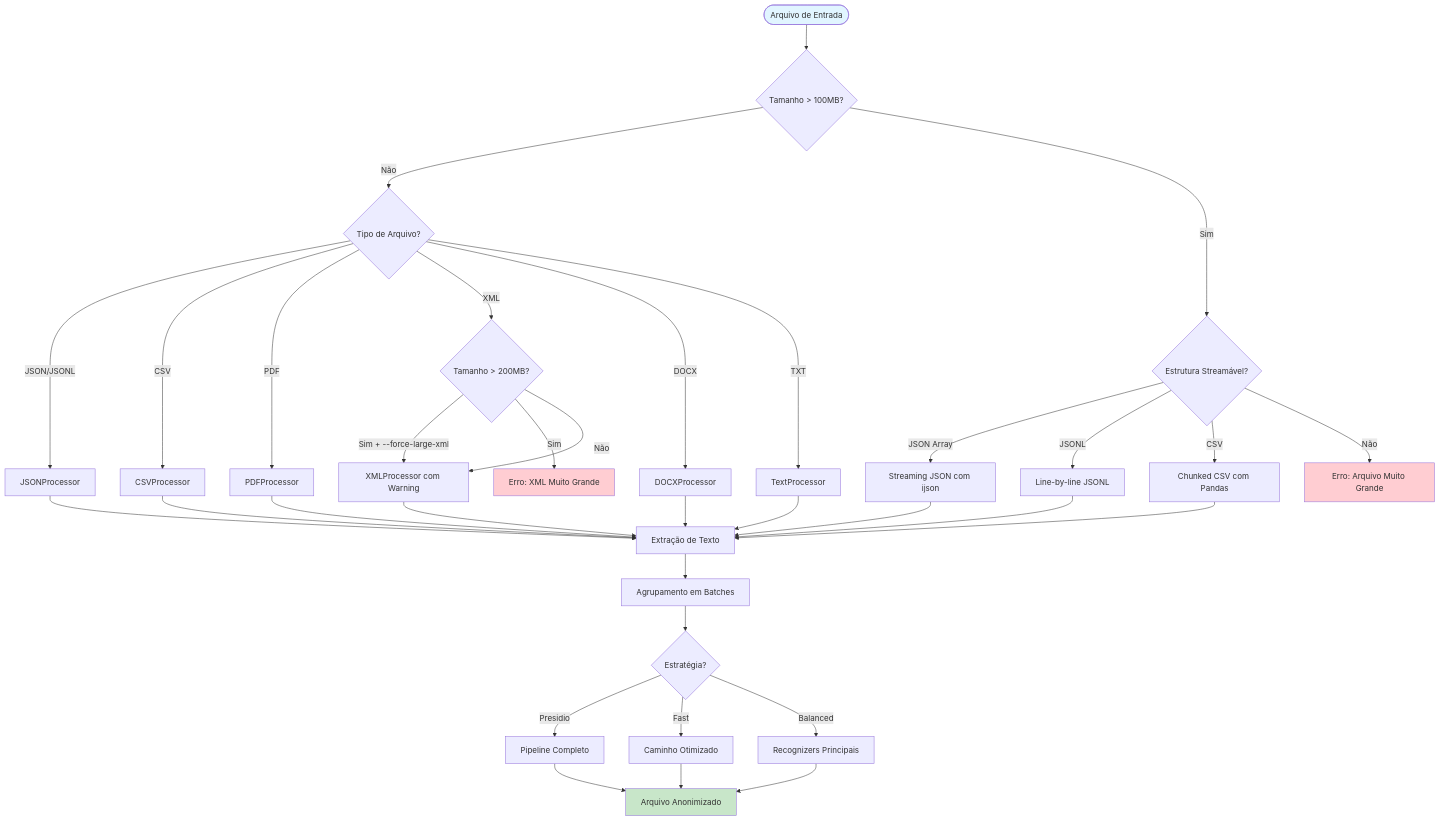
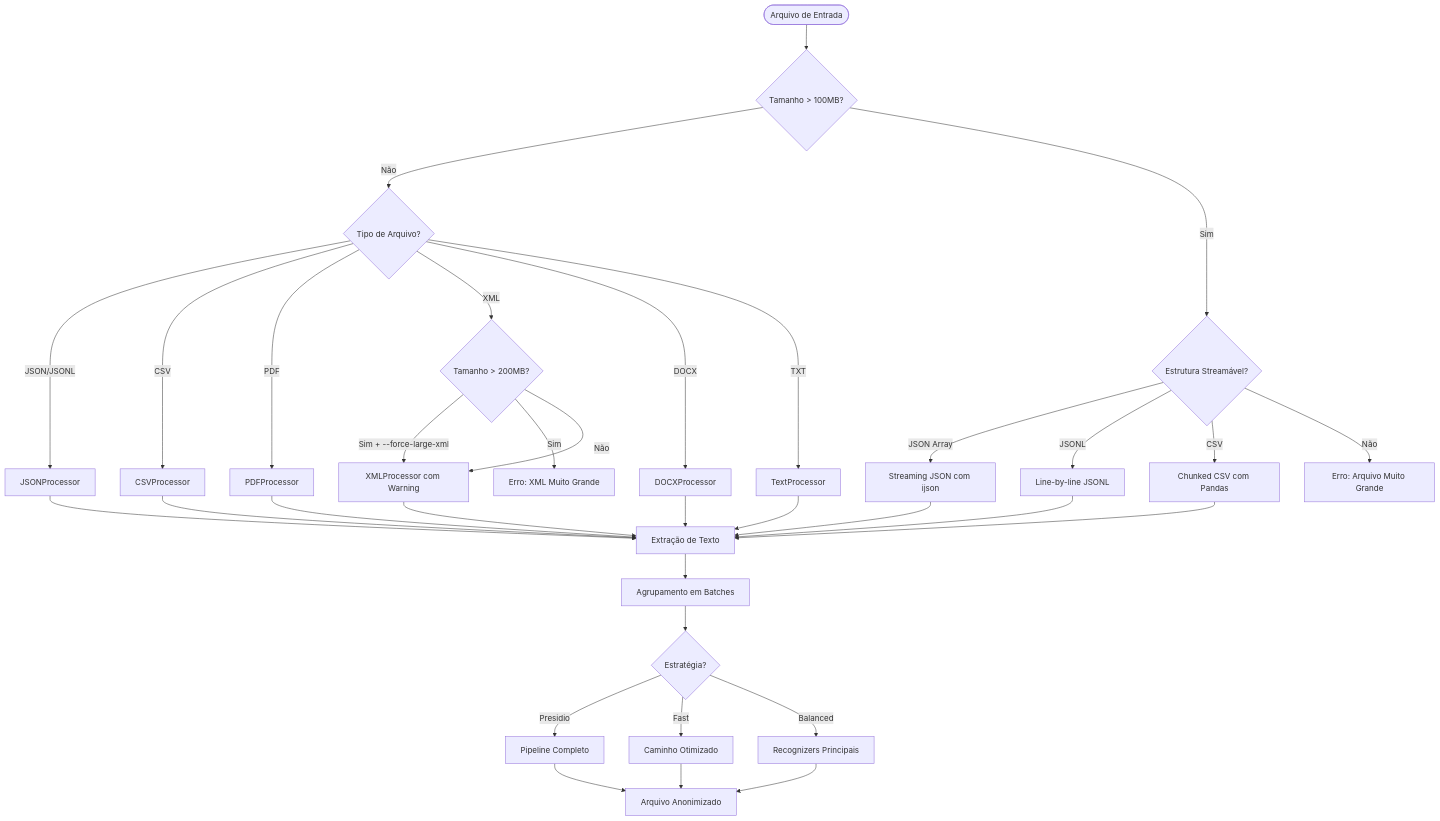
The second of 24 diagrams in docs/diagrams.md (AnonShield/anonshield), drawn with Mermaid before and after one commit. The commit also changed other lines of this file, not shown here.

First line of the commit message:
Remove style definitions from diagrams

````diff
--- a/docs/diagrams.md
+++ b/docs/diagrams.md
@@ -83,40 +79,35 @@
 ```mermaid
 graph TD
     Start([Arquivo de Entrada]) --> CheckSize{Tamanho > 100MB?}
     
     CheckSize -->|Não| CheckType{Tipo de Arquivo?}
     CheckSize -->|Sim| StreamCheck{Estrutura Streamável?}
     
     StreamCheck -->|JSON Array| StreamJSON[Streaming JSON com ijson]
     StreamCheck -->|JSONL| StreamJSONL[Line-by-line JSONL]
     StreamCheck -->|CSV| ChunkCSV[Chunked CSV com Pandas]
     StreamCheck -->|Não| Error[Erro: Arquivo Muito Grande]
     
     CheckType -->|JSON/JSONL| JSONProc[JSONProcessor]
     CheckType -->|CSV| CSVProc[CSVProcessor]
     CheckType -->|PDF| PDFProc[PDFProcessor]
     CheckType -->|XML| XMLCheck{Tamanho > 200MB?}
     CheckType -->|DOCX| DOCXProc[DOCXProcessor]
     CheckType -->|TXT| TXTProc[TextProcessor]
     
     XMLCheck -->|Sim + --force-large-xml| XMLProc[XMLProcessor com Warning]
     XMLCheck -->|Sim| XMLError[Erro: XML Muito Grande]
     XMLCheck -->|Não| XMLProc
     
     JSONProc & CSVProc & PDFProc & XMLProc & DOCXProc & TXTProc --> Extract[Extração de Texto]
     StreamJSON & StreamJSONL & ChunkCSV --> Extract
     
     Extract --> Batch[Agrupamento em Batches]
     Batch --> Strategy{Estratégia?}
     
     Strategy -->|Presidio| FullPipeline[Pipeline Completo]
     Strategy -->|Fast| OptimizedPath[Caminho Otimizado]
     Strategy -->|Balanced| CoreRecognizers[Recognizers Principais]
     
     FullPipeline & OptimizedPath & CoreRecognizers --> Output[Arquivo Anonimizado]
-    
-    style Start fill:#e1f5ff
-    style Error fill:#ffcdd2
-    style XMLError fill:#ffcdd2
-    style Output fill:#c8e6c9
 ```
````
